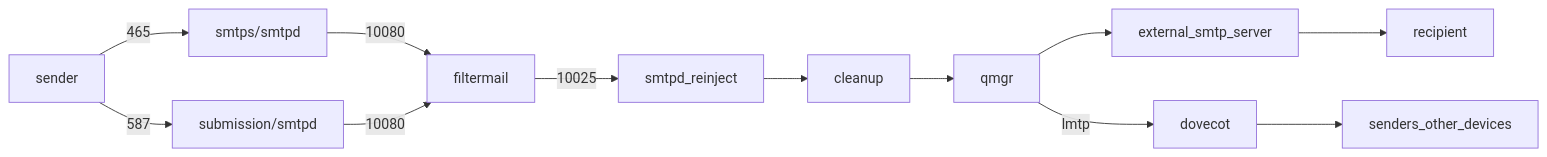
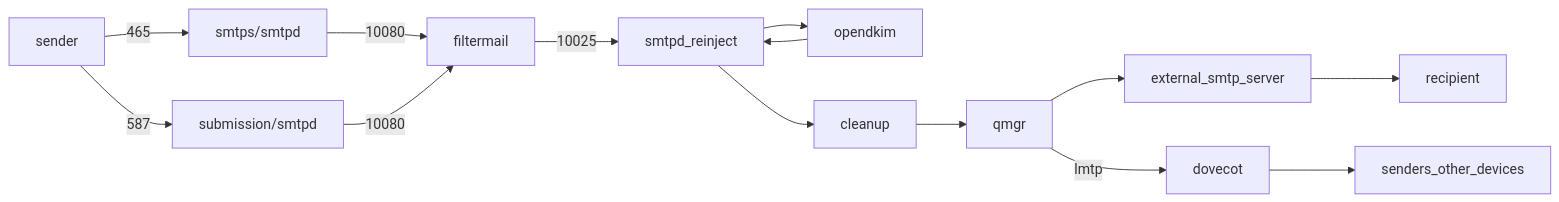
Before and after one commit to chatmail/relay: the third of 4 diagrams in doc/source/overview.rst, drawn with Mermaid. The commit also changed other lines of this file, not shown here.

Commit message:
doc: add diagram for receiving from external SMTP servers

```diff
--- a/doc/source/overview.rst
+++ b/doc/source/overview.rst
@@ -209,15 +209,17 @@
 .. mermaid::
     :caption: This diagram shows the path a federated message takes.
 
     graph LR;
         sender --> |465|smtps/smtpd;
         sender --> |587|submission/smtpd;
         smtps/smtpd --> |10080|filtermail;
         submission/smtpd --> |10080|filtermail;
         filtermail --> |10025|smtpd_reinject;
+        smtpd_reinject --> opendkim;
+        opendkim --> smtpd_reinject;
         smtpd_reinject --> cleanup;
         cleanup --> qmgr;
         qmgr --> external_smtp_server;
         qmgr --> |lmtp|dovecot;
         external_smtp_server --> recipient;
         dovecot --> senders_other_devices;
```
